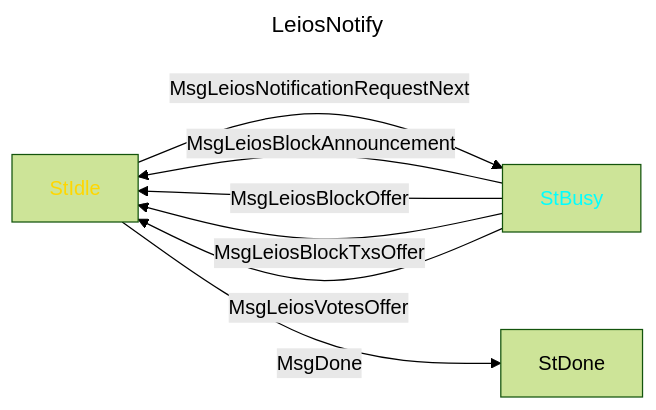
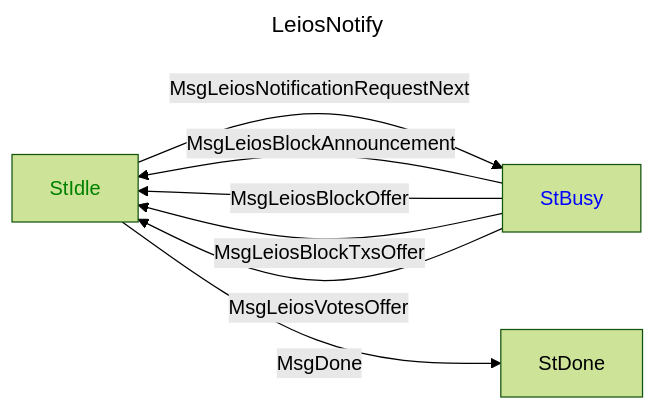
Before and after one commit to cardano-foundation/CIPs: the first of 2 diagrams in CIP-????/README.md, drawn with Mermaid (forest theme). The commit also changed other lines of this file, not shown here.

````diff
--- a/CIP-????/README.md
+++ b/CIP-????/README.md
@@ -1196,16 +1196,16 @@
 ```mermaid
 ---
 title: LeiosNotify
 ---
 graph LR
-   style StIdle color:gold;
-   style StBusy color:cyan;
+   style StIdle color:green;
+   style StBusy color:blue;
 
    StIdle -->|MsgLeiosNotificationRequestNext| StBusy
    StBusy -->|MsgLeiosBlockAnnouncement| StIdle
    StBusy -->|MsgLeiosBlockOffer| StIdle
    StBusy -->|MsgLeiosBlockTxsOffer| StIdle
    StBusy -->|MsgLeiosVotesOffer| StIdle
 
    StIdle -->|MsgDone| StDone
 ```
````
